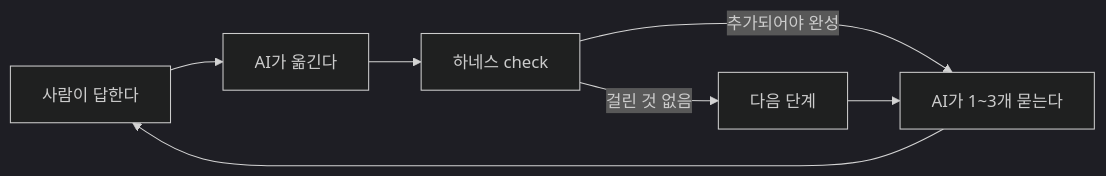
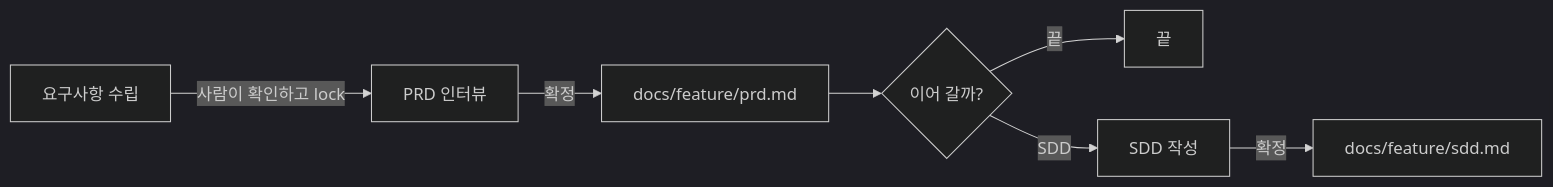
One commit to YeongWon2/product-planning changed the diagram in README.md. Above: the diagram before and after it, drawn with Mermaid (dark theme). The commit also changed other lines of this file and 16 other files, not shown here.

First line of the commit message:
feat: 요구사항 잠금 → PRD 인터뷰 → SDD로 나누고 docs/{feature}/에 내보낸다

````diff
--- a/README.md
+++ b/README.md
@@ -53,9 +21,9 @@
 ```mermaid
 flowchart LR
-    A[사람이 답한다] --> B[AI가 옮긴다]
-    B --> C[하네스 check]
-    C -->|추가되어야 완성| D[AI가 1~3개 묻는다]
-    D --> A
-    C -->|걸린 것 없음| E[다음 단계]
-    E --> D
+    A[요구사항 수립] -->|사람이 확인하고 lock| B[PRD 인터뷰]
+    B -->|확정| C[docs/feature/prd.md]
+    C --> D{이어 갈까?}
+    D -->|끝| E[끝]
+    D -->|SDD| F[SDD 작성]
+    F -->|확정| G[docs/feature/sdd.md]
 ```
````
